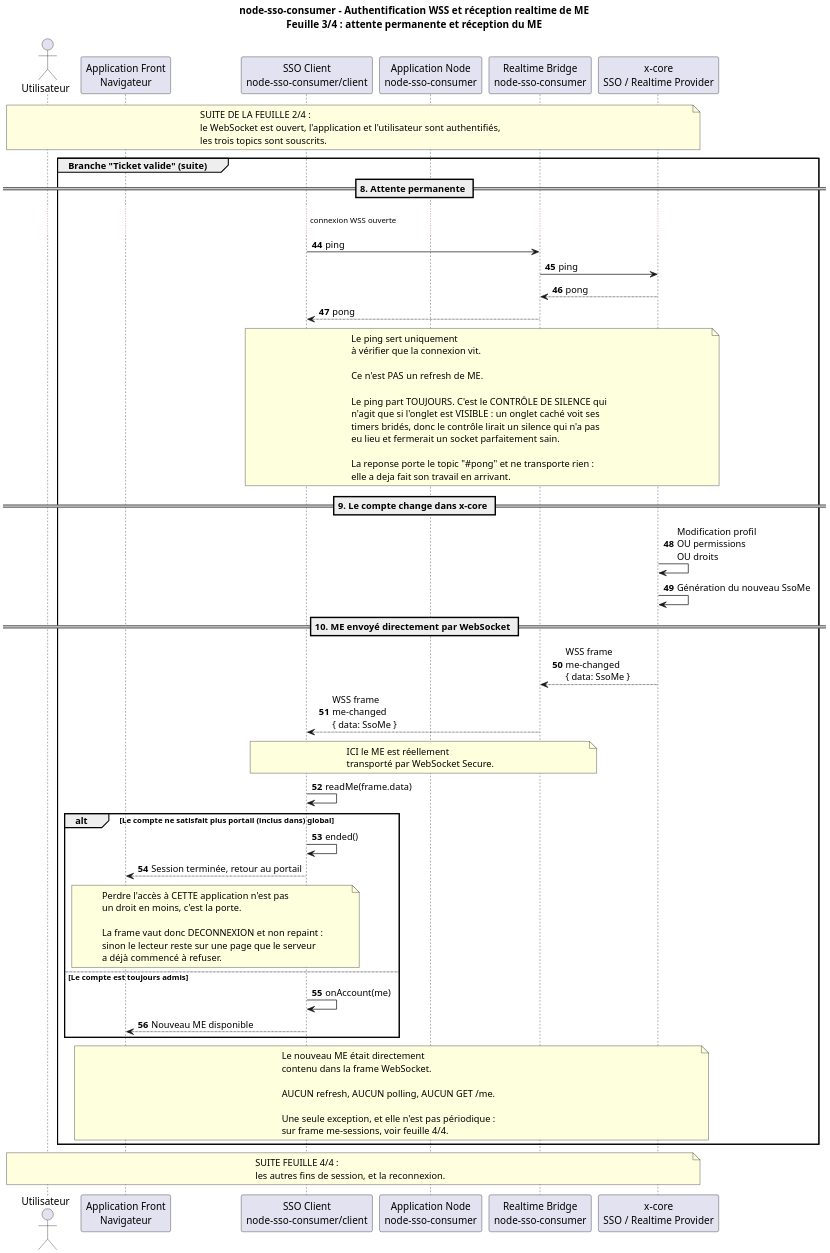
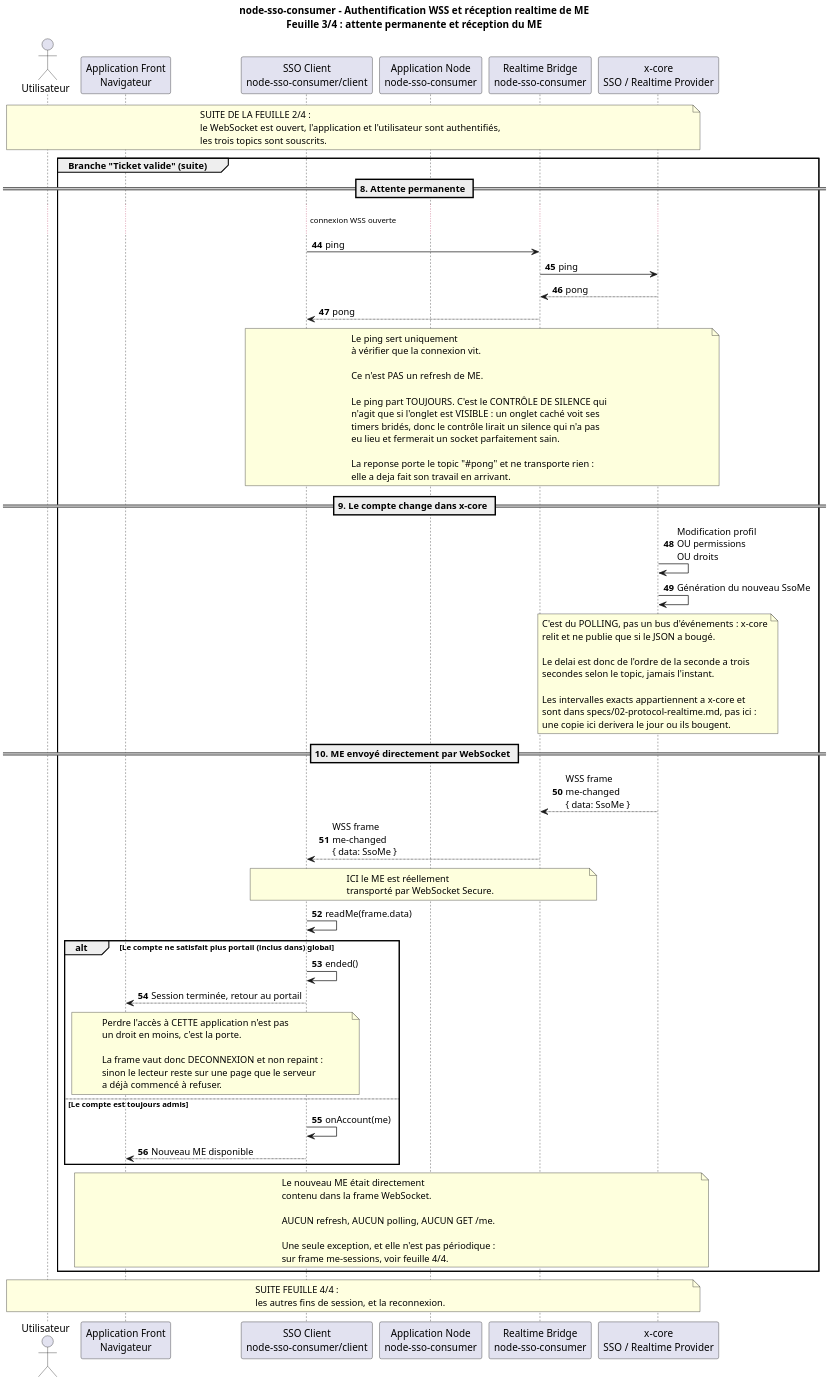
The diagram in docs/diagrams/fr/sequence-diagram-3.puml (padcmoi/node-sso-consumer), drawn with PlantUML before and after one commit. The commit also changed 7 other files, not shown here.

```diff
--- a/docs/diagrams/fr/sequence-diagram-3.puml
+++ b/docs/diagrams/fr/sequence-diagram-3.puml
@@ -1,111 +1,123 @@
 @startuml sequence-diagram-3
 
 ' Feuille 3/4 - A4 portrait. Voir sequence-diagram.puml pour le diagramme entier.
 skinparam dpi 200
 scale max 1500*2150
 
 title node-sso-consumer - Authentification WSS et réception realtime de ME\nFeuille 3/4 : attente permanente et réception du ME
 
 autonumber 44
 
 actor "Utilisateur" as User
 
 participant "Application Front\nNavigateur" as Browser
 participant "SSO Client\nnode-sso-consumer/client" as Client
 participant "Application Node\nnode-sso-consumer" as App
 participant "Realtime Bridge\nnode-sso-consumer" as Bridge
 participant "x-core\nSSO / Realtime Provider" as XCore
 
 
 note over User, XCore #LightYellow
 SUITE DE LA FEUILLE 2/4 :
 le WebSocket est ouvert, l'application et l'utilisateur sont authentifiés,
 les trois topics sont souscrits.
 end note
 
 
 group Branche "Ticket valide" (suite)
 
     == 8. Attente permanente ==
 
     ... connexion WSS ouverte ...
 
     Client -> Bridge : ping
     Bridge -> XCore : ping
     XCore --> Bridge : pong
     Bridge --> Client : pong
 
     note over Client, XCore
     Le ping sert uniquement
     à vérifier que la connexion vit.
 
     Ce n'est PAS un refresh de ME.
 
     Le ping part TOUJOURS. C'est le CONTRÔLE DE SILENCE qui
     n'agit que si l'onglet est VISIBLE : un onglet caché voit ses
     timers bridés, donc le contrôle lirait un silence qui n'a pas
     eu lieu et fermerait un socket parfaitement sain.
 
     La reponse porte le topic "#pong" et ne transporte rien :
     elle a deja fait son travail en arrivant.
     end note
 
 
     == 9. Le compte change dans x-core ==
 
     XCore -> XCore : Modification profil\nOU permissions\nOU droits
 
     XCore -> XCore : Génération du nouveau SsoMe
 
+    note over XCore
+    C'est du POLLING, pas un bus d'événements : x-core
+    relit et ne publie que si le JSON a bougé.
+
+    Le delai est donc de l'ordre de la seconde a trois
+    secondes selon le topic, jamais l'instant.
+
+    Les intervalles exacts appartiennent a x-core et
+    sont dans specs/02-protocol-realtime.md, pas ici :
+    une copie ici derivera le jour ou ils bougent.
+    end note
+
 
     == 10. ME envoyé directement par WebSocket ==
 
     XCore --> Bridge : WSS frame\nme-changed\n{ data: SsoMe }
 
     Bridge --> Client : WSS frame\nme-changed\n{ data: SsoMe }
 
     note over Bridge, Client
     ICI le ME est réellement
     transporté par WebSocket Secure.
     end note
 
     Client -> Client : readMe(frame.data)
 
     alt Le compte ne satisfait plus portail (inclus dans) global
         Client -> Client : ended()
         Client --> Browser : Session terminée, retour au portail
 
         note over Client, Browser
         Perdre l'accès à CETTE application n'est pas
         un droit en moins, c'est la porte.
 
         La frame vaut donc DECONNEXION et non repaint :
         sinon le lecteur reste sur une page que le serveur
         a déjà commencé à refuser.
         end note
 
     else Le compte est toujours admis
         Client -> Client : onAccount(me)
         Client --> Browser : Nouveau ME disponible
     end
 
 
     note over Browser, XCore
     Le nouveau ME était directement
     contenu dans la frame WebSocket.
 
     AUCUN refresh, AUCUN polling, AUCUN GET /me.
 
     Une seule exception, et elle n'est pas périodique :
     sur frame me-sessions, voir feuille 4/4.
     end note
 
 end
 
 
 note over User, XCore #LightYellow
 SUITE FEUILLE 4/4 :
 les autres fins de session, et la reconnexion.
 end note
 
 @enduml
```
